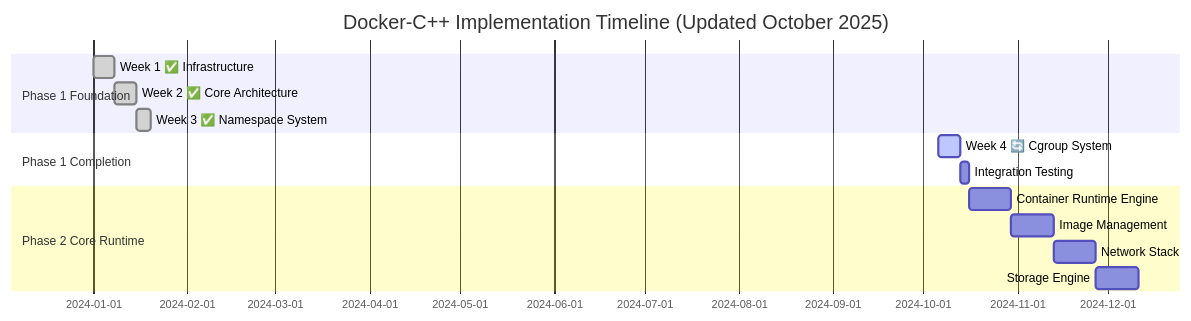
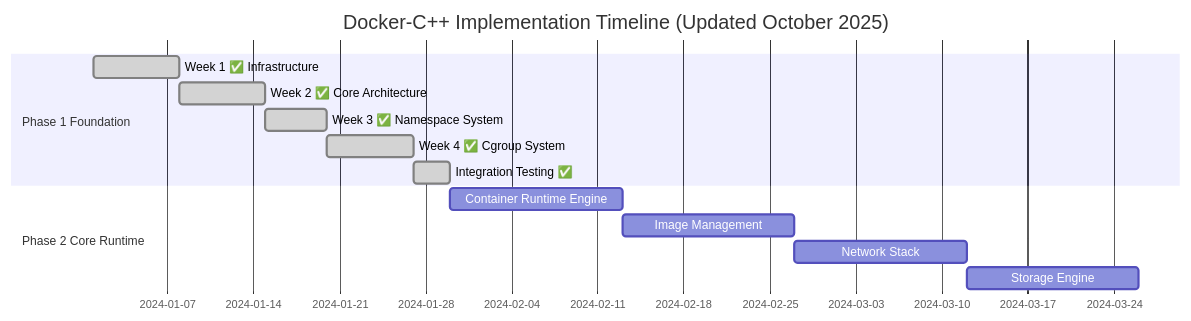
Before and after one commit to shizhengLi/docker-cpp: the second of 2 diagrams in docker-cpp-implementation-roadmap.md, drawn with Mermaid. The commit also changed other lines of this file and 3 other files, not shown here.

Commit message:
Week 4 documents. week 4 done

````diff
--- a/docker-cpp-implementation-roadmap.md
+++ b/docker-cpp-implementation-roadmap.md
@@ -1136,19 +1133,17 @@
 ```mermaid
 gantt
     title Docker-C++ Implementation Timeline (Updated October 2025)
     dateFormat  YYYY-MM-DD
     section Phase 1 Foundation
     Week 1 ✅ Infrastructure    :done, p1-1, 2024-01-01, 1w
     Week 2 ✅ Core Architecture :done, p1-2, after p1-1, 1w
     Week 3 ✅ Namespace System  :done, p1-3, after p1-2, 5d
-
-    section Phase 1 Completion
-    Week 4 🔄 Cgroup System     :active, p1-4, 2024-10-06, 7d
-    Integration Testing         :p1-5, after p1-4, 3d
+    Week 4 ✅ Cgroup System     :done, p1-4, after p1-3, 7d
+    Integration Testing ✅     :done, p1-5, after p1-4, 3d
 
     section Phase 2 Core Runtime
     Container Runtime Engine :p2-1, after p1-5, 2w
     Image Management        :p2-2, after p2-1, 2w
     Network Stack           :p2-3, after p2-2, 2w
     Storage Engine          :p2-4, after p2-3, 2w
 ```
````
